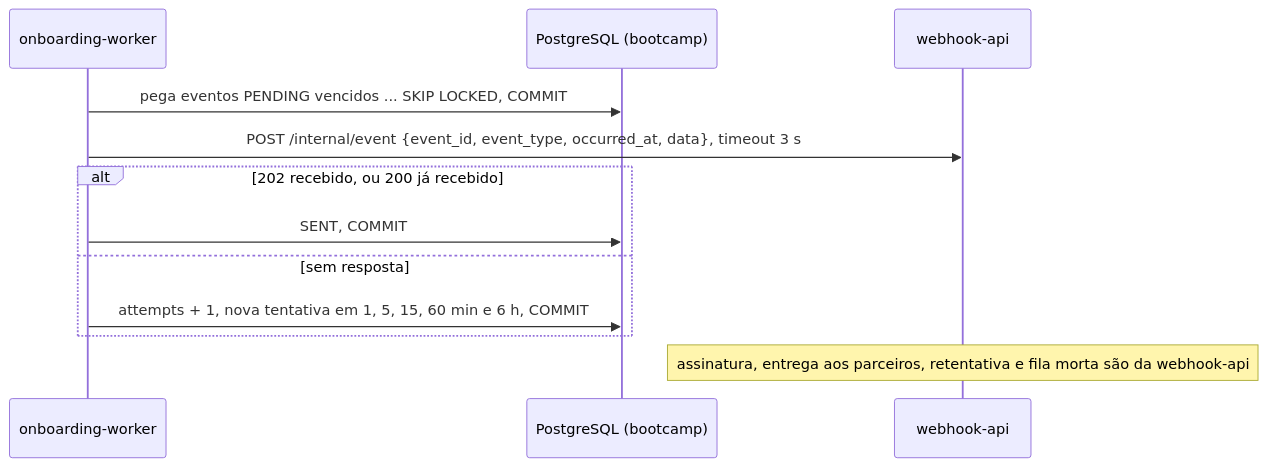
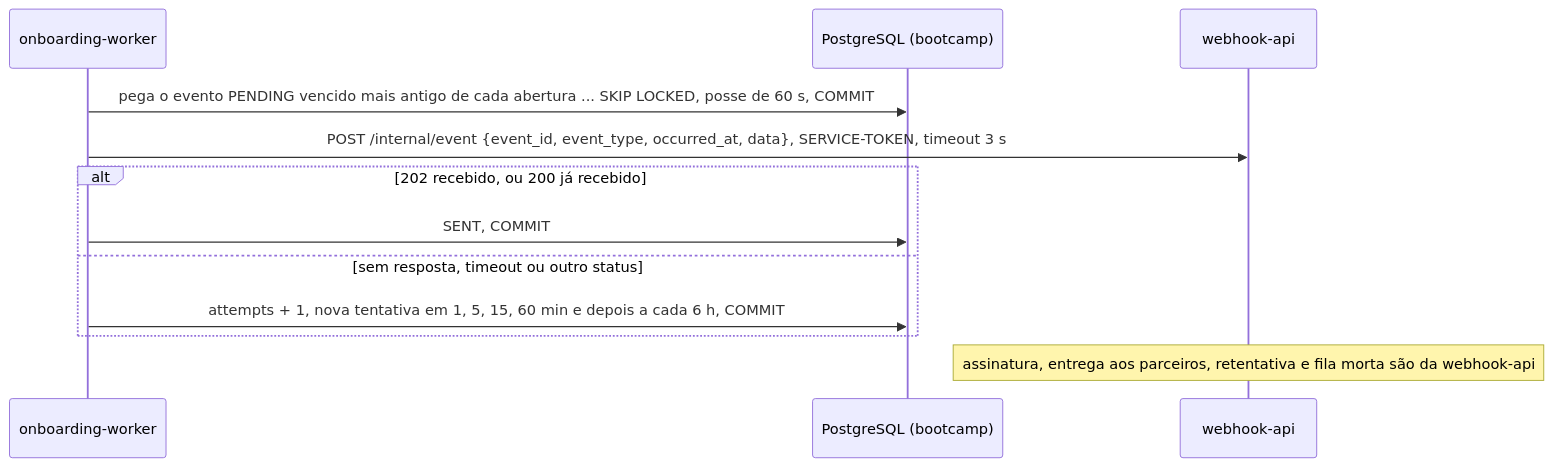
Diagram 12 of 14 in docs/rfc/05-onboarding-api.md (eduardoVL123/bootcampQitech_bancoDigital), drawn with Mermaid before and after one commit. The commit also changed other lines of this file and 20 other files, not shown here.

````diff
--- a/docs/rfc/05-onboarding-api.md
+++ b/docs/rfc/05-onboarding-api.md
@@ -657,14 +658,14 @@
 ```mermaid
 sequenceDiagram
     participant W as onboarding-worker
     participant P as PostgreSQL (bootcamp)
     participant H as webhook-api
-    W->>P: pega eventos PENDING vencidos ... SKIP LOCKED, COMMIT
-    W->>H: POST /internal/event {event_id, event_type, occurred_at, data}, timeout 3 s
+    W->>P: pega o evento PENDING vencido mais antigo de cada abertura ... SKIP LOCKED, posse de 60 s, COMMIT
+    W->>H: POST /internal/event {event_id, event_type, occurred_at, data}, SERVICE-TOKEN, timeout 3 s
     alt 202 recebido, ou 200 já recebido
         W->>P: SENT, COMMIT
-    else sem resposta
-        W->>P: attempts + 1, nova tentativa em 1, 5, 15, 60 min e 6 h, COMMIT
+    else sem resposta, timeout ou outro status
+        W->>P: attempts + 1, nova tentativa em 1, 5, 15, 60 min e depois a cada 6 h, COMMIT
     end
     Note over H: assinatura, entrega aos parceiros, retentativa e fila morta são da webhook-api
 ```
````
